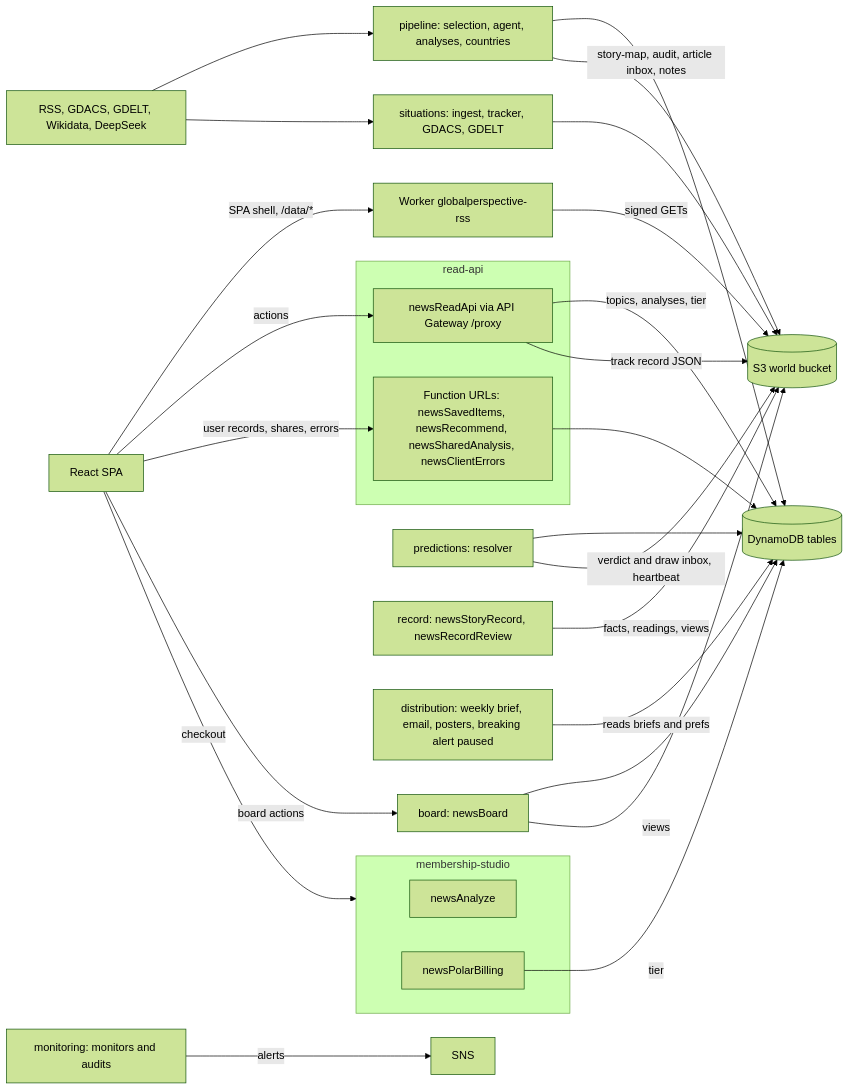
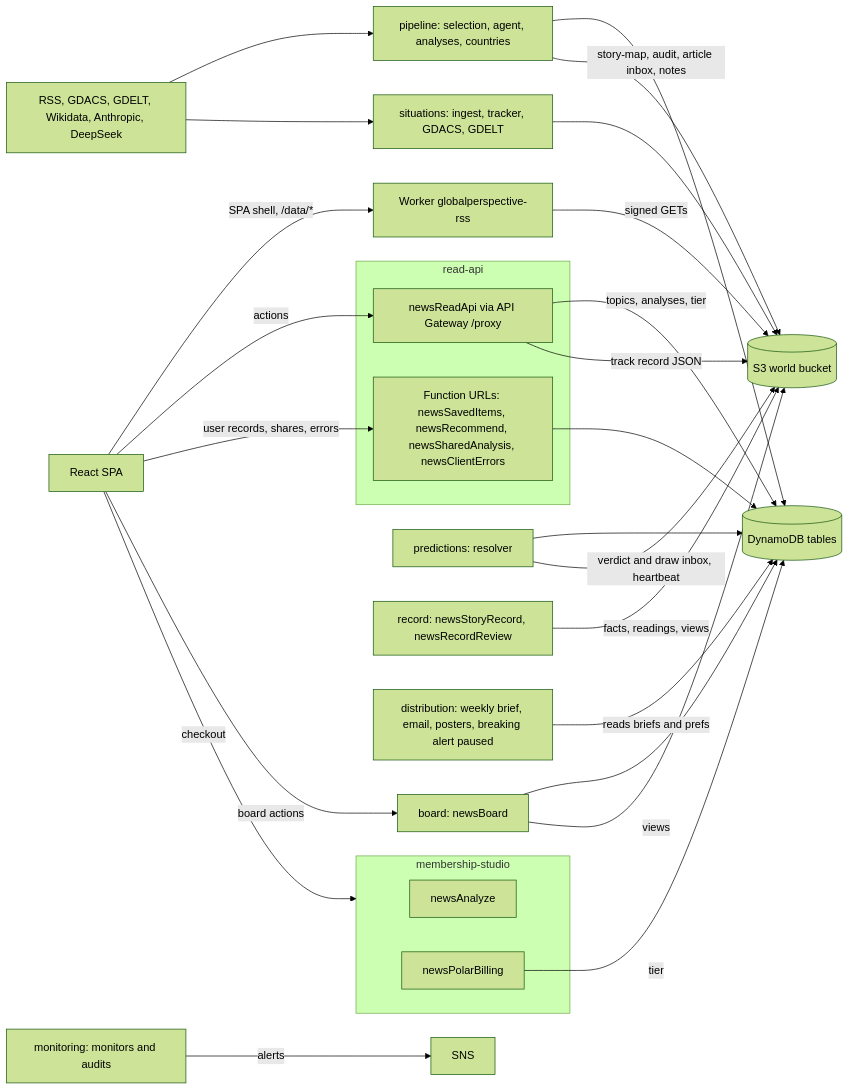
Before and after one commit to BenBen05059997/globalPerspective-v1: the second of 7 diagrams in project-docs/architecture/ARCHITECTURE.md, drawn with Mermaid (forest theme). The commit also changed other lines of this file and 4 other files, not shown here.

````diff
--- a/project-docs/architecture/ARCHITECTURE.md
+++ b/project-docs/architecture/ARCHITECTURE.md
@@ -53,45 +53,45 @@
 ```mermaid
 flowchart LR
   spa[React SPA]
   worker[Worker globalperspective-rss]
   subgraph read[read-api]
     proxy[newsReadApi via API Gateway /proxy]
     fn[Function URLs: newsSavedItems, newsRecommend, newsSharedAnalysis, newsClientErrors]
   end
   board[board: newsBoard]
   subgraph member[membership-studio]
     ana[newsAnalyze]
     bill[newsPolarBilling]
   end
   pipe[pipeline: selection, agent, analyses, countries]
   sit[situations: ingest, tracker, GDACS, GDELT]
   pred[predictions: resolver]
   rec[record: newsStoryRecord, newsRecordReview]
   dist[distribution: weekly brief, email, posters, breaking alert paused]
   mon[monitoring: monitors and audits]
   ddb[(DynamoDB tables)]
   s3[(S3 world bucket)]
-  ext[RSS, GDACS, GDELT, Wikidata, DeepSeek]
+  ext[RSS, GDACS, GDELT, Wikidata, Anthropic, DeepSeek]
   spa -->|SPA shell, /data/*| worker
   worker -->|signed GETs| s3
   spa -->|actions| proxy
   spa -->|user records, shares, errors| fn
   spa -->|board actions| board
   spa -->|checkout| member
   proxy -->|topics, analyses, tier| ddb
   proxy -->|track record JSON| s3
   fn --> ddb
   board --> ddb
   board -->|views| s3
   bill -->|tier| ddb
   ext --> pipe
   ext --> sit
   pipe --> ddb
   pipe -->|story-map, audit, article inbox, notes| s3
   sit --> s3
   pred --> ddb
   pred -->|verdict and draw inbox, heartbeat| s3
   rec -->|facts, readings, views| s3
   dist -->|reads briefs and prefs| ddb
   mon -->|alerts| sns[SNS]
 ```
````
